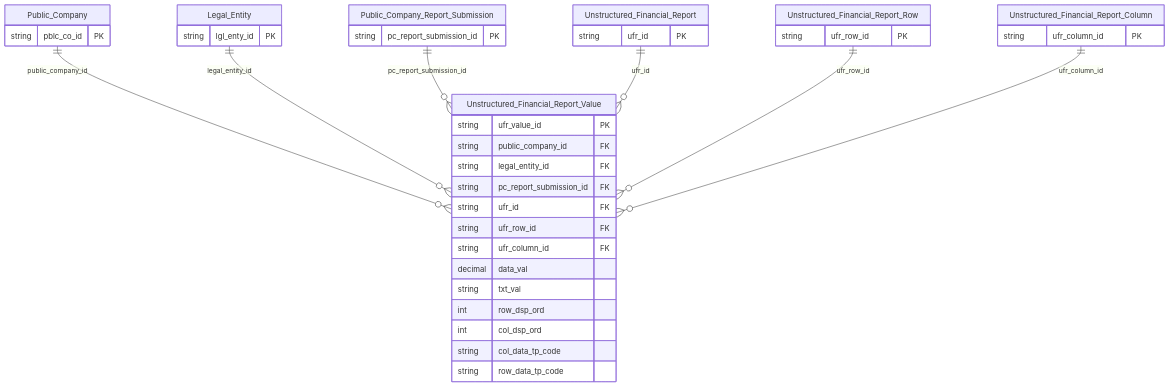
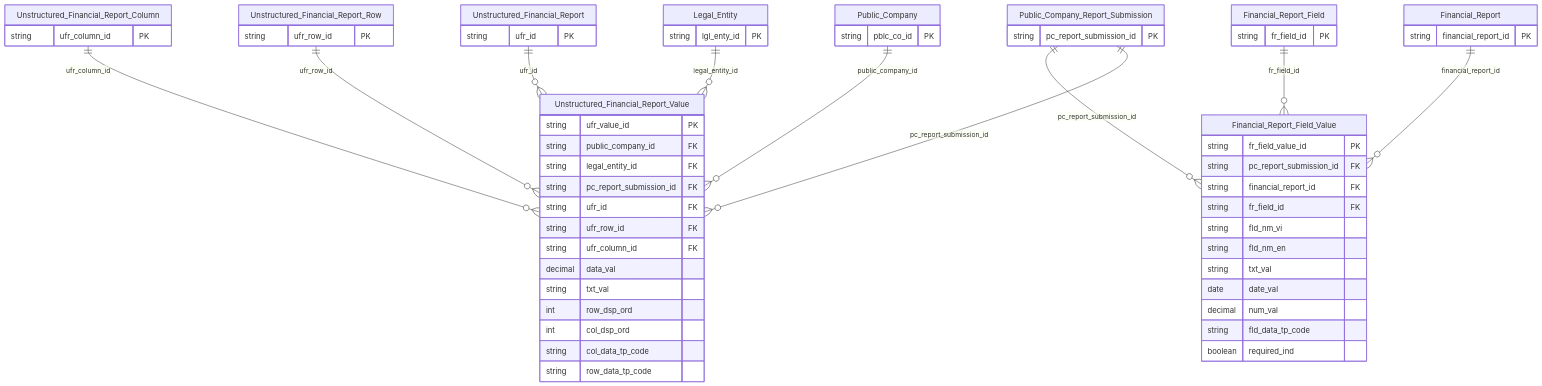
One commit to linhlvit/ubck_atomic_design changed the second of 2 diagrams in DataModel/working/Atomic/hld/IDS_HLD_Tier4.md. Above: the diagram before and after it, drawn with Mermaid. The commit also changed other lines of this file and 98 other files, not shown here.

````diff
--- a/DataModel/working/Atomic/hld/IDS_HLD_Tier4.md
+++ b/DataModel/working/Atomic/hld/IDS_HLD_Tier4.md
@@ -73,49 +103,75 @@
 ```mermaid
 erDiagram
     Public_Company {
         string pblc_co_id PK
     }
 
     Legal_Entity {
         string lgl_enty_id PK
     }
 
     Public_Company_Report_Submission {
         string pc_report_submission_id PK
     }
 
     Unstructured_Financial_Report {
         string ufr_id PK
     }
 
     Unstructured_Financial_Report_Row {
         string ufr_row_id PK
     }
 
     Unstructured_Financial_Report_Column {
         string ufr_column_id PK
     }
 
     Unstructured_Financial_Report_Value {
         string ufr_value_id PK
         string public_company_id FK
         string legal_entity_id FK
         string pc_report_submission_id FK
         string ufr_id FK
         string ufr_row_id FK
         string ufr_column_id FK
         decimal data_val
         string txt_val
         int row_dsp_ord
         int col_dsp_ord
         string col_data_tp_code
         string row_data_tp_code
     }
 
     Public_Company ||--o{ Unstructured_Financial_Report_Value : "public_company_id"
     Legal_Entity ||--o{ Unstructured_Financial_Report_Value : "legal_entity_id"
     Public_Company_Report_Submission ||--o{ Unstructured_Financial_Report_Value : "pc_report_submission_id"
     Unstructured_Financial_Report ||--o{ Unstructured_Financial_Report_Value : "ufr_id"
     Unstructured_Financial_Report_Row ||--o{ Unstructured_Financial_Report_Value : "ufr_row_id"
     Unstructured_Financial_Report_Column ||--o{ Unstructured_Financial_Report_Value : "ufr_column_id"
+
+    Financial_Report {
+        string financial_report_id PK
+    }
+
+    Financial_Report_Field {
+        string fr_field_id PK
+    }
+
+    Financial_Report_Field_Value {
+        string fr_field_value_id PK
+        string pc_report_submission_id FK
+        string financial_report_id FK
+        string fr_field_id FK
+        string fld_nm_vi
+        string fld_nm_en
+        string txt_val
+        date date_val
+        decimal num_val
+        string fld_data_tp_code
+        boolean required_ind
+    }
+
+    Public_Company_Report_Submission ||--o{ Financial_Report_Field_Value : "pc_report_submission_id"
+    Financial_Report ||--o{ Financial_Report_Field_Value : "financial_report_id"
+    Financial_Report_Field ||--o{ Financial_Report_Field_Value : "fr_field_id"
 ```
````
